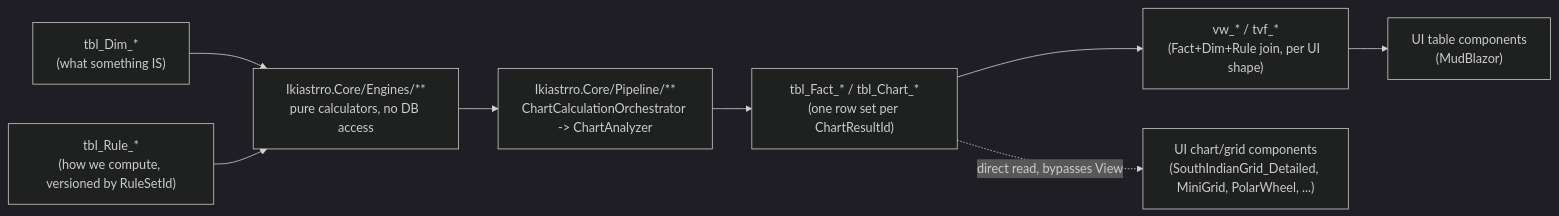
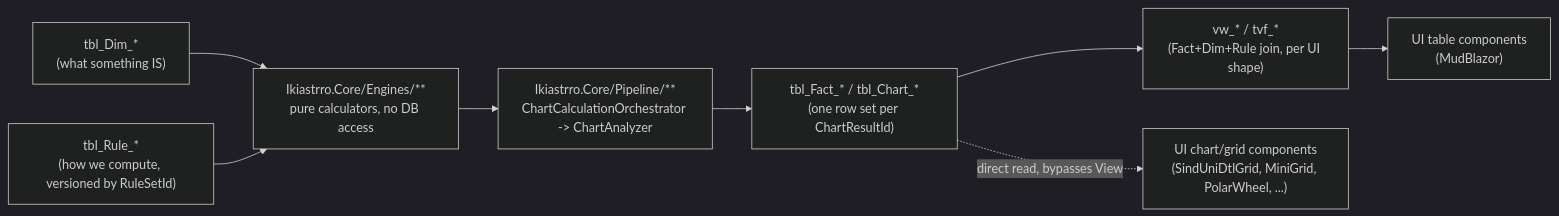
One commit to rammyps/ikiastrro changed the diagram in docs/architecture/flow.md. Above: the diagram before and after it, drawn with Mermaid (dark theme). The commit also changed other lines of this file and 52 other files, not shown here.

First line of the commit message:
Rename SouthIndianGrid_Detailed to SIND-UNI-DTL (SindUniDtlGrid); square layout everywhere

````diff
--- a/docs/architecture/flow.md
+++ b/docs/architecture/flow.md
@@ -15,19 +15,19 @@
 ```mermaid
 flowchart LR
     Dim["tbl_Dim_*\n(what something IS)"]
     Rule["tbl_Rule_*\n(how we compute, versioned by RuleSetId)"]
     Engine["Ikiastrro.Core/Engines/**\npure calculators, no DB access"]
     Pipeline["Ikiastrro.Core/Pipeline/**\nChartCalculationOrchestrator -> ChartAnalyzer"]
     Fact["tbl_Fact_* / tbl_Chart_*\n(one row set per ChartResultId)"]
     View["vw_* / tvf_*\n(Fact+Dim+Rule join, per UI shape)"]
     UITable["UI table components\n(MudBlazor)"]
-    UIGrid["UI chart/grid components\n(SouthIndianGrid_Detailed, MiniGrid, PolarWheel, ...)"]
+    UIGrid["UI chart/grid components\n(SindUniDtlGrid, MiniGrid, PolarWheel, ...)"]
 
     Dim --> Engine
     Rule --> Engine
     Engine --> Pipeline
     Pipeline --> Fact
     Fact --> View
     View --> UITable
     Fact -. "direct read, bypasses View" .-> UIGrid
 ```
````
